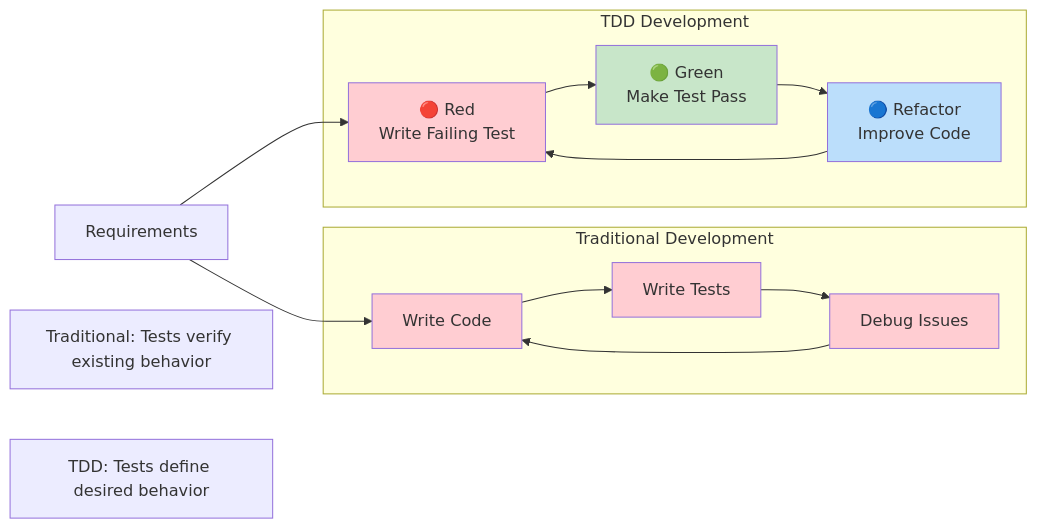
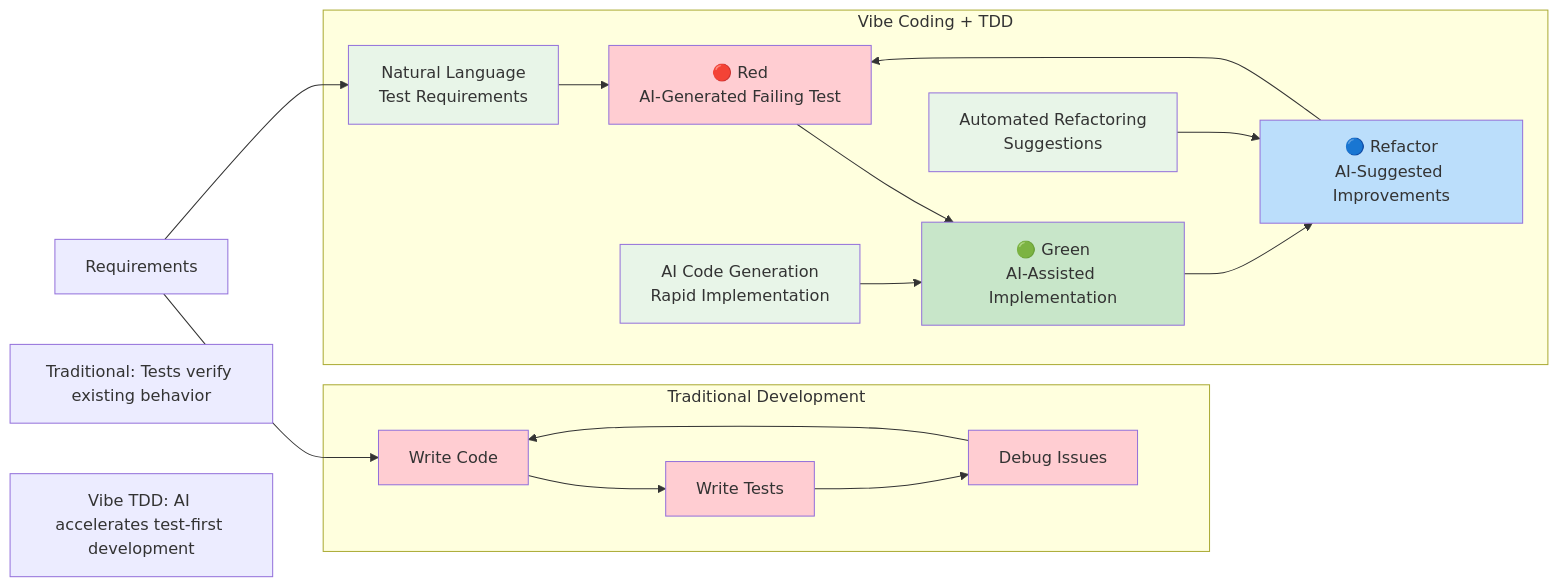
One commit to hunkim/VibeSoftwareEngineering changed the first of 2 diagrams in chapters/chapter-09.md. Above: the diagram before and after it, drawn with Mermaid. The commit also changed other lines of this file and 6 other files, not shown here.

First line of the commit message:
refactor(documentation): integrate AI-assisted coding principles throughout

````diff
--- a/chapters/chapter-09.md
+++ b/chapters/chapter-09.md
@@ -33,25 +33,32 @@
 ```mermaid
 graph LR
     subgraph "Traditional Development"
         A["Write Code"] --> B["Write Tests"] --> C["Debug Issues"]
         C --> A
     end
     
-    subgraph "TDD Development"
-        D["🔴 Red<br/>Write Failing Test"] --> E["🟢 Green<br/>Make Test Pass"] --> F["🔵 Refactor<br/>Improve Code"]
+    subgraph "Vibe Coding + TDD"
+        D["🔴 Red<br/>AI-Generated Failing Test"] --> E["🟢 Green<br/>AI-Assisted Implementation"] --> F["🔵 Refactor<br/>AI-Suggested Improvements"]
         F --> D
+        
+        V1["Natural Language<br/>Test Requirements"] --> D
+        V2["AI Code Generation<br/>Rapid Implementation"] --> E
+        V3["Automated Refactoring<br/>Suggestions"] --> F
     end
     
     G["Requirements"] --> A
-    G --> D
+    G --> V1
     
     H["Traditional: Tests verify existing behavior"]
-    I["TDD: Tests define desired behavior"]
+    I["Vibe TDD: AI accelerates test-first development"]
     
     style A fill:#ffcdd2
     style B fill:#ffcdd2
     style C fill:#ffcdd2
     style D fill:#ffcdd2
     style E fill:#c8e6c9
     style F fill:#bbdefb
+    style V1 fill:#e8f5e8
+    style V2 fill:#e8f5e8
+    style V3 fill:#e8f5e8
 ```
````
